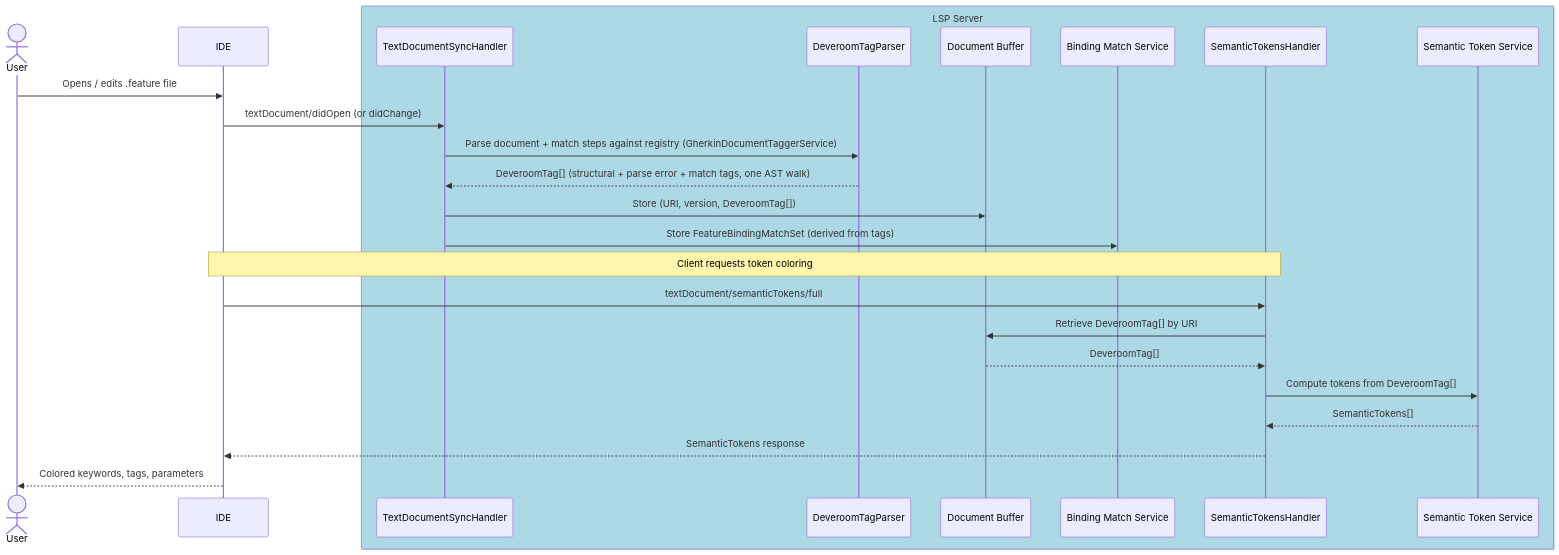
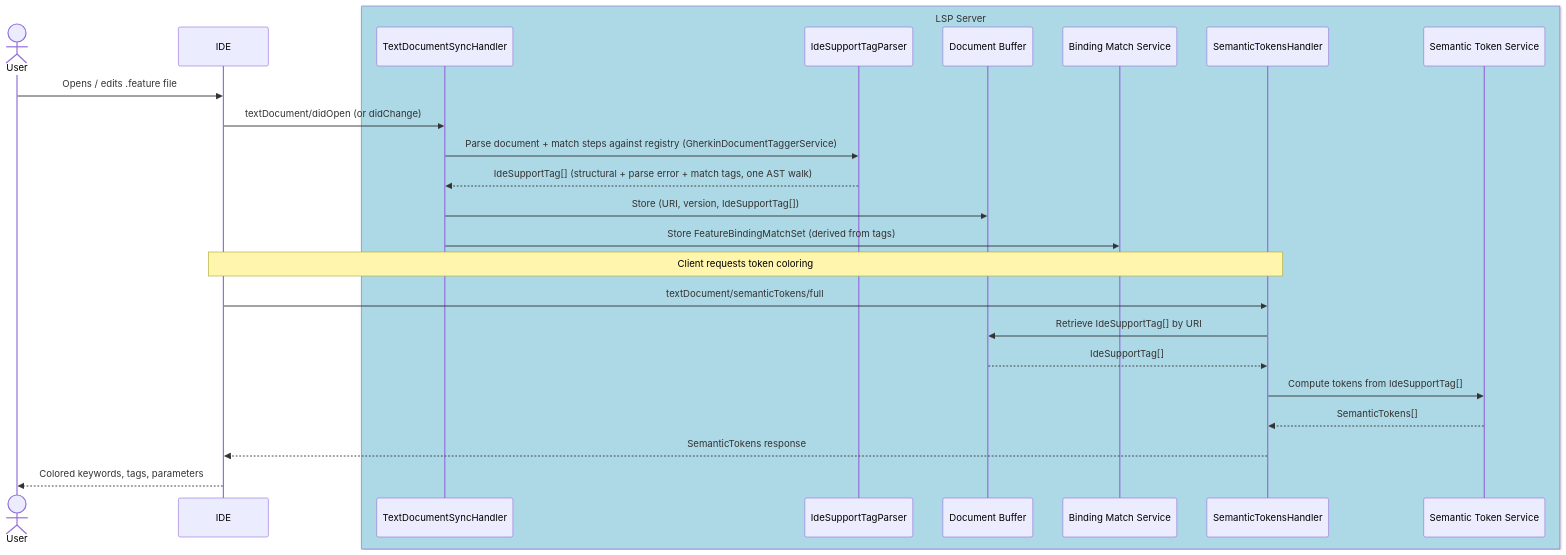
The first of 22 diagrams in docs/LSP-IDE-Support-Feature-Designs.md (reqnroll/Reqnroll.IdeSupport), drawn with Mermaid before and after one commit. The commit also changed other lines of this file and 2 other files, not shown here.

First line of the commit message:
Refresh Architecture/Feature-Designs docs after the #521-524/#530 refactor

````diff
--- a/docs/LSP-IDE-Support-Feature-Designs.md
+++ b/docs/LSP-IDE-Support-Feature-Designs.md
@@ -205,30 +205,30 @@
 ```mermaid
 sequenceDiagram
     actor User
     participant IDE
 
     box LightBlue LSP Server
         participant TDS as TextDocumentSyncHandler
-        participant DTP as DeveroomTagParser
+        participant DTP as IdeSupportTagParser
         participant DB as Document Buffer
         participant BMS as Binding Match Service
         participant STH as SemanticTokensHandler
         participant STS as Semantic Token Service
     end
 
     User->>IDE: Opens / edits .feature file
     IDE->>TDS: textDocument/didOpen (or didChange)
     TDS->>DTP: Parse document + match steps against registry (GherkinDocumentTaggerService)
-    DTP-->>TDS: DeveroomTag[] (structural + parse error + match tags, one AST walk)
-    TDS->>DB: Store (URI, version, DeveroomTag[])
+    DTP-->>TDS: IdeSupportTag[] (structural + parse error + match tags, one AST walk)
+    TDS->>DB: Store (URI, version, IdeSupportTag[])
     TDS->>BMS: Store FeatureBindingMatchSet (derived from tags)
 
     Note over IDE,STH: Client requests token coloring
     IDE->>STH: textDocument/semanticTokens/full
-    STH->>DB: Retrieve DeveroomTag[] by URI
-    DB-->>STH: DeveroomTag[]
-    STH->>STS: Compute tokens from DeveroomTag[]
+    STH->>DB: Retrieve IdeSupportTag[] by URI
+    DB-->>STH: IdeSupportTag[]
+    STH->>STS: Compute tokens from IdeSupportTag[]
     STS-->>STH: SemanticTokens[]
     STH-->>IDE: SemanticTokens response
     IDE-->>User: Colored keywords, tags, parameters
 ```
````
